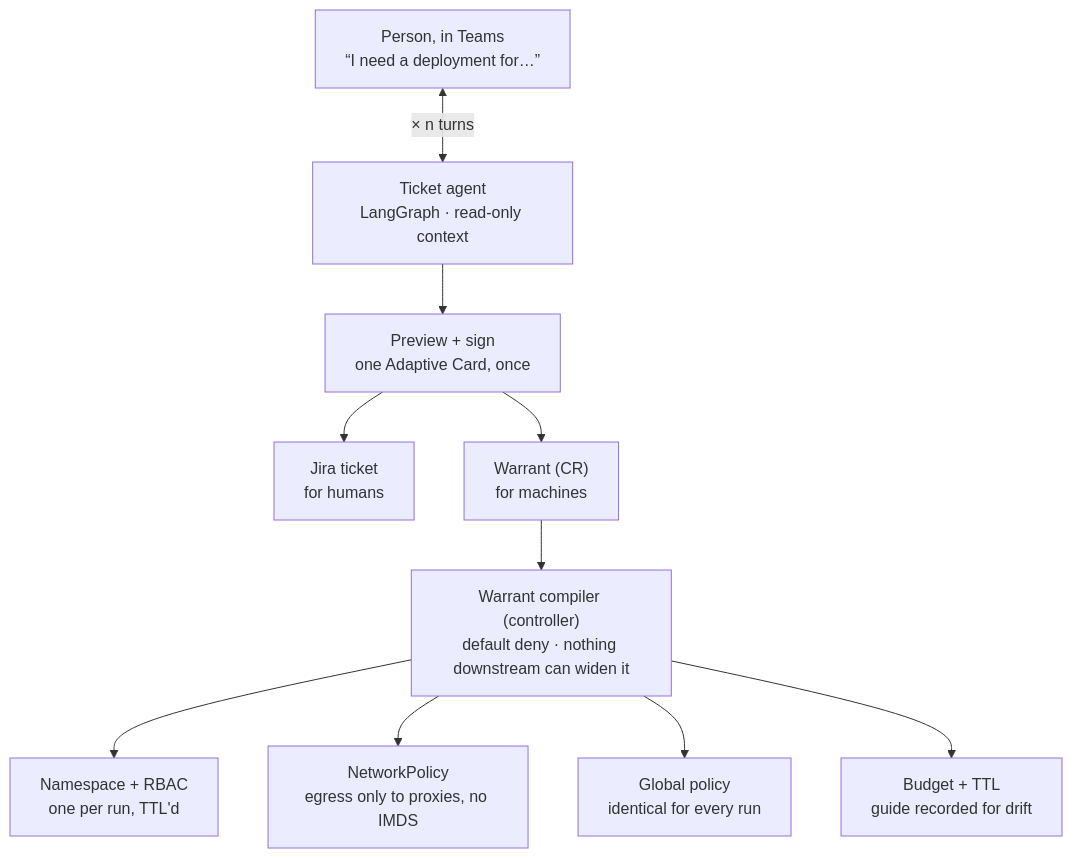
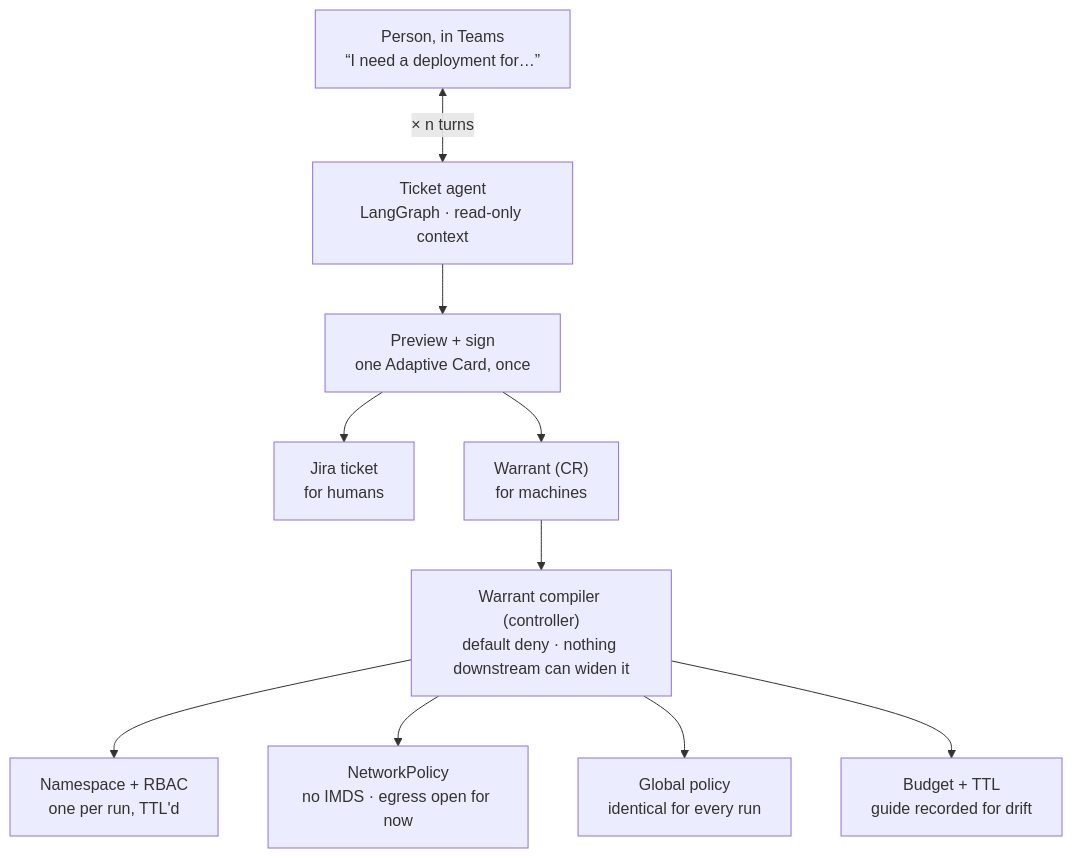
One commit to Belkata/ai-autonomous-agents changed the first of 3 diagrams in docs/design-note.md. Above: the diagram before and after it, drawn with Mermaid. The commit also changed other lines of this file and 1 other file, not shown here.

First line of the commit message:
docs: the proxy is credential custody, not a network chokepoint

````diff
--- a/docs/design-note.md
+++ b/docs/design-note.md
@@ -50,23 +52,23 @@
 ```mermaid
 flowchart TB
     P["Person, in Teams<br/>“I need a deployment for…”"]
     A["Ticket agent<br/>LangGraph · read-only context"]
     S["Preview + sign<br/>one Adaptive Card, once"]
     J["Jira ticket<br/>for humans"]
     W["Warrant (CR)<br/>for machines"]
     C["Warrant compiler (controller)<br/>default deny · nothing downstream can widen it"]
     N1["Namespace + RBAC<br/>one per run, TTL'd"]
-    N2["NetworkPolicy<br/>egress only to proxies, no IMDS"]
+    N2["NetworkPolicy<br/>no IMDS · egress open for now"]
     N3["Global policy<br/>identical for every run"]
     N4["Budget + TTL<br/>guide recorded for drift"]
 
     P <-->|"× n turns"| A
     A --> S
     S --> J
     S --> W
     W --> C
     C --> N1
     C --> N2
     C --> N3
     C --> N4
 ```
````
